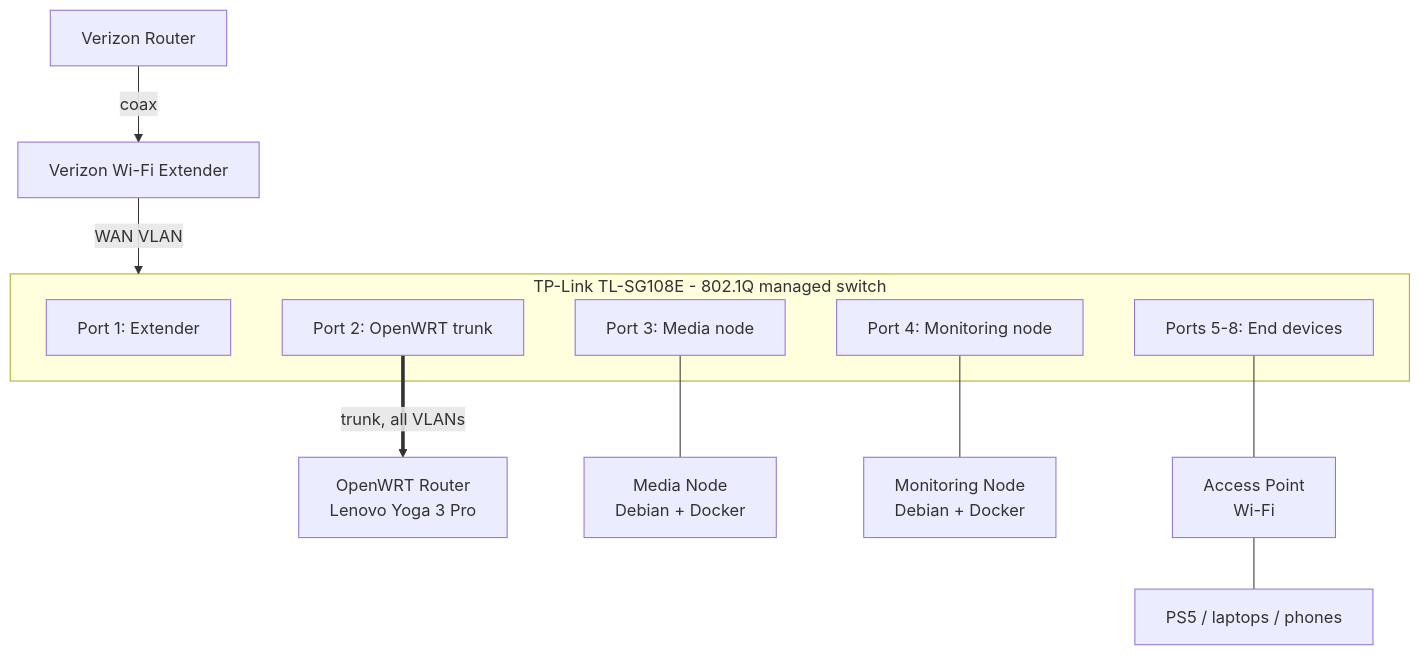
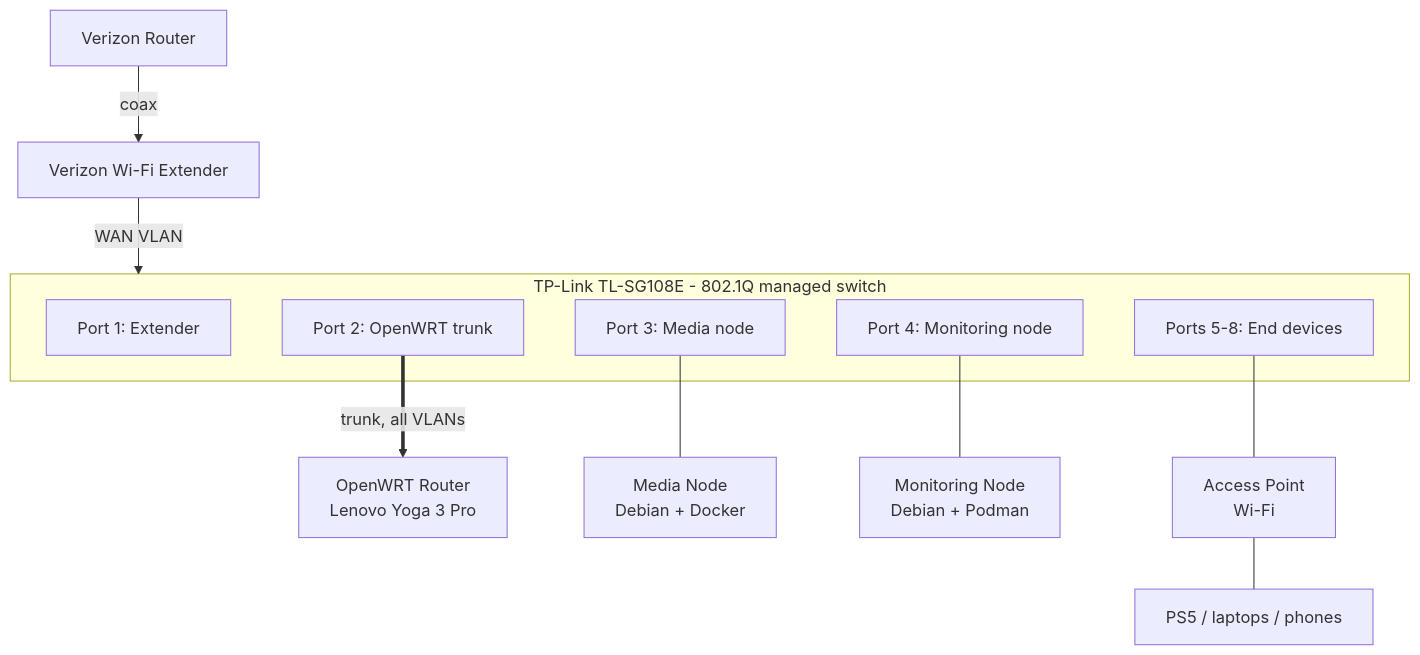
Before and after one commit to jjlocke2004/homelab-infrastructure: the diagram in README.md, drawn with Mermaid. The commit also changed other lines of this file, not shown here.

````diff
--- a/README.md
+++ b/README.md
@@ -17,19 +17,19 @@
 ```mermaid
 flowchart TD
     ISP[Verizon Router] -- coax --> EXT[Verizon Wi-Fi Extender]
     EXT -- WAN VLAN --> SW
 
     subgraph SW[TP-Link TL-SG108E - 802.1Q managed switch]
         P1[Port 1: Extender]
         P2[Port 2: OpenWRT trunk]
         P3[Port 3: Media node]
         P4[Port 4: Monitoring node]
         P5[Ports 5-8: End devices]
     end
 
     P2 == trunk, all VLANs ==> R[OpenWRT Router<br/>Lenovo Yoga 3 Pro]
     P3 --- MEDIA[Media Node<br/>Debian + Docker]
-    P4 --- MON[Monitoring Node<br/>Debian + Docker]
+    P4 --- MON[Monitoring Node<br/>Debian + Podman]
     P5 --- AP[Access Point<br/>Wi-Fi]
     AP --- PS5[PS5 / laptops / phones]
 ```
````
